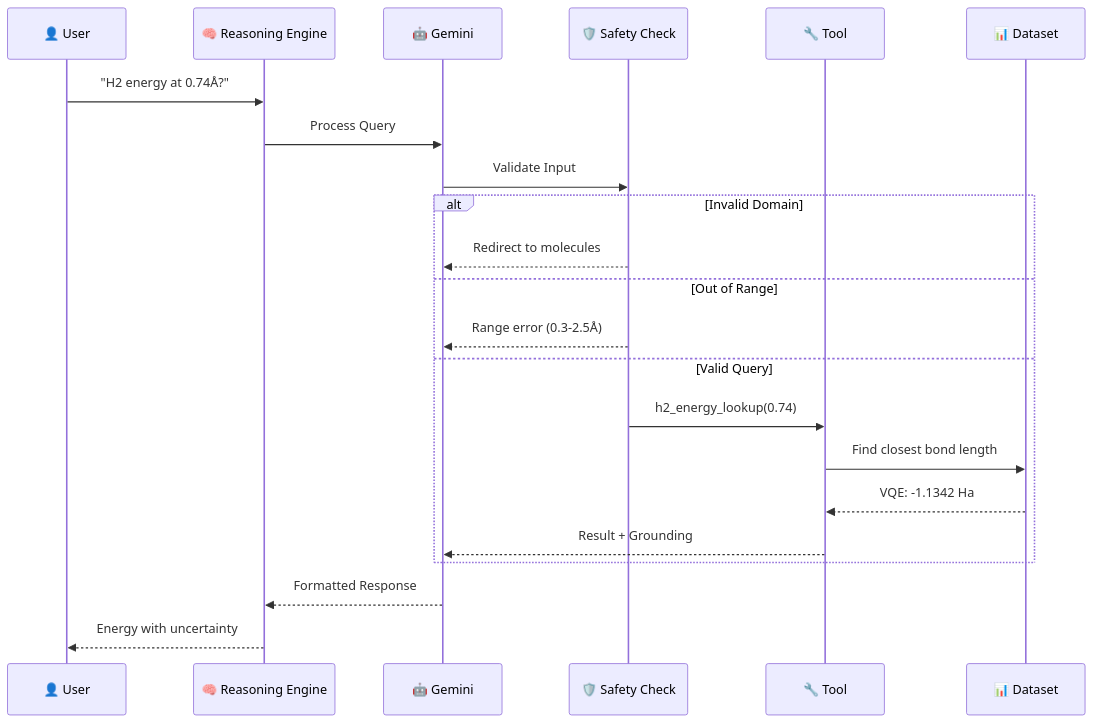
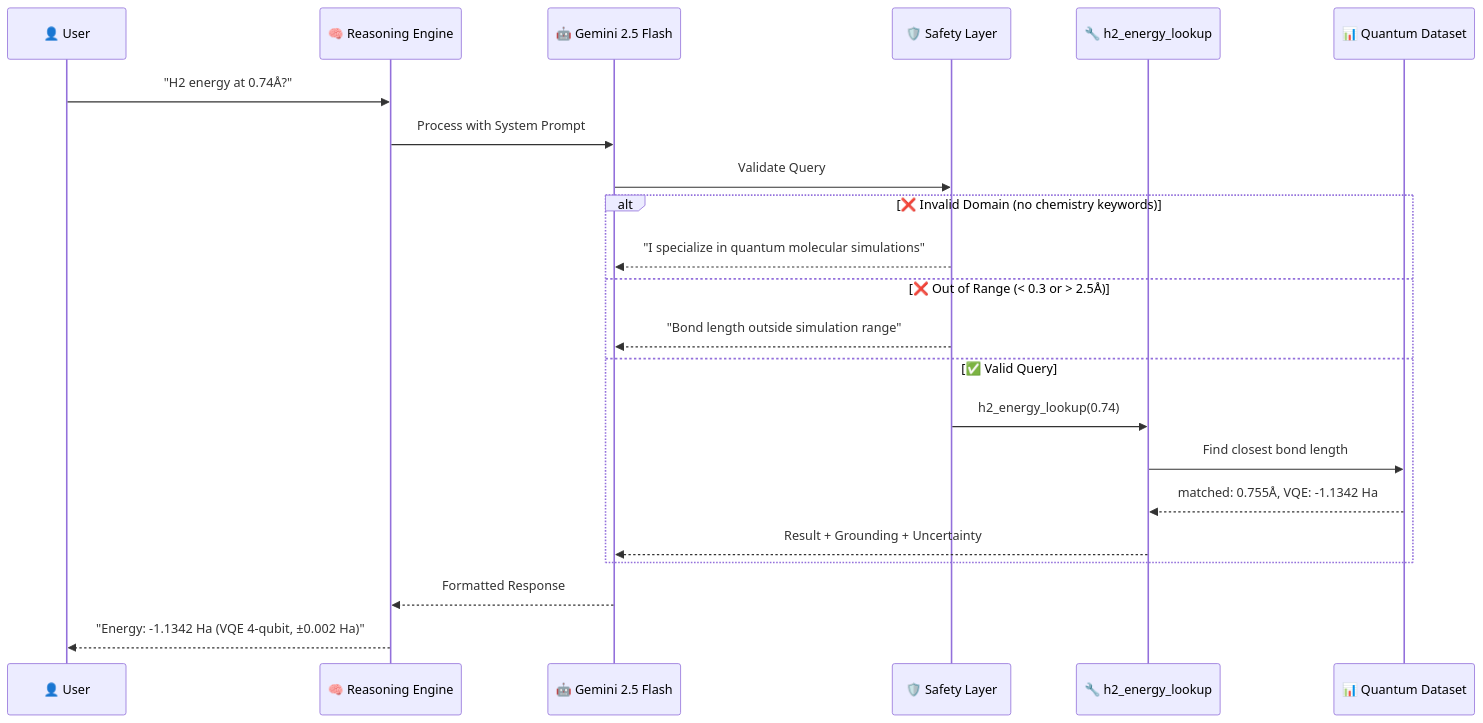
One commit to shashankshekharraj/QuantumSynth_AI changed the second of 2 diagrams in README.md. Above: the diagram before and after it, drawn with Mermaid. The commit also changed other lines of this file, not shown here.

````diff
--- a/README.md
+++ b/README.md
@@ -95,27 +90,27 @@
 ```mermaid
 sequenceDiagram
     participant U as 👤 User
     participant R as 🧠 Reasoning Engine
-    participant G as 🤖 Gemini
-    participant S as 🛡️ Safety Check
-    participant T as 🔧 Tool
-    participant D as 📊 Dataset
+    participant G as 🤖 Gemini 2.5 Flash
+    participant S as 🛡️ Safety Layer
+    participant T as 🔧 h2_energy_lookup
+    participant D as 📊 Quantum Dataset
 
     U->>R: "H2 energy at 0.74Å?"
-    R->>G: Process Query
-    G->>S: Validate Input
+    R->>G: Process with System Prompt
+    G->>S: Validate Query
 
-    alt Invalid Domain
-        S-->>G: Redirect to molecules
-    else Out of Range
-        S-->>G: Range error (0.3-2.5Å)
-    else Valid Query
+    alt ❌ Invalid Domain (no chemistry keywords)
+        S-->>G: "I specialize in quantum molecular simulations"
+    else ❌ Out of Range (< 0.3 or > 2.5Å)
+        S-->>G: "Bond length outside simulation range"
+    else ✅ Valid Query
         S->>T: h2_energy_lookup(0.74)
         T->>D: Find closest bond length
-        D-->>T: VQE: -1.1342 Ha
-        T-->>G: Result + Grounding
+        D-->>T: matched: 0.755Å, VQE: -1.1342 Ha
+        T-->>G: Result + Grounding + Uncertainty
     end
 
     G-->>R: Formatted Response
-    R-->>U: Energy with uncertainty
+    R-->>U: "Energy: -1.1342 Ha (VQE 4-qubit, ±0.002 Ha)"
 ```
````
